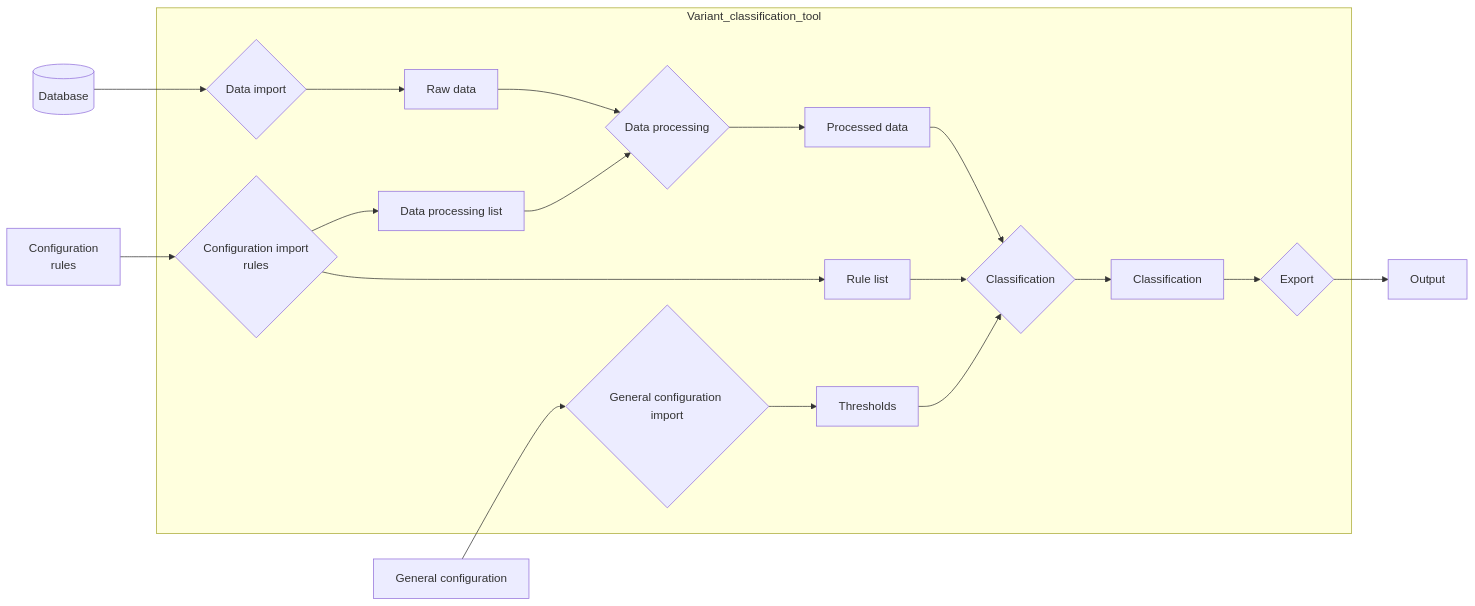
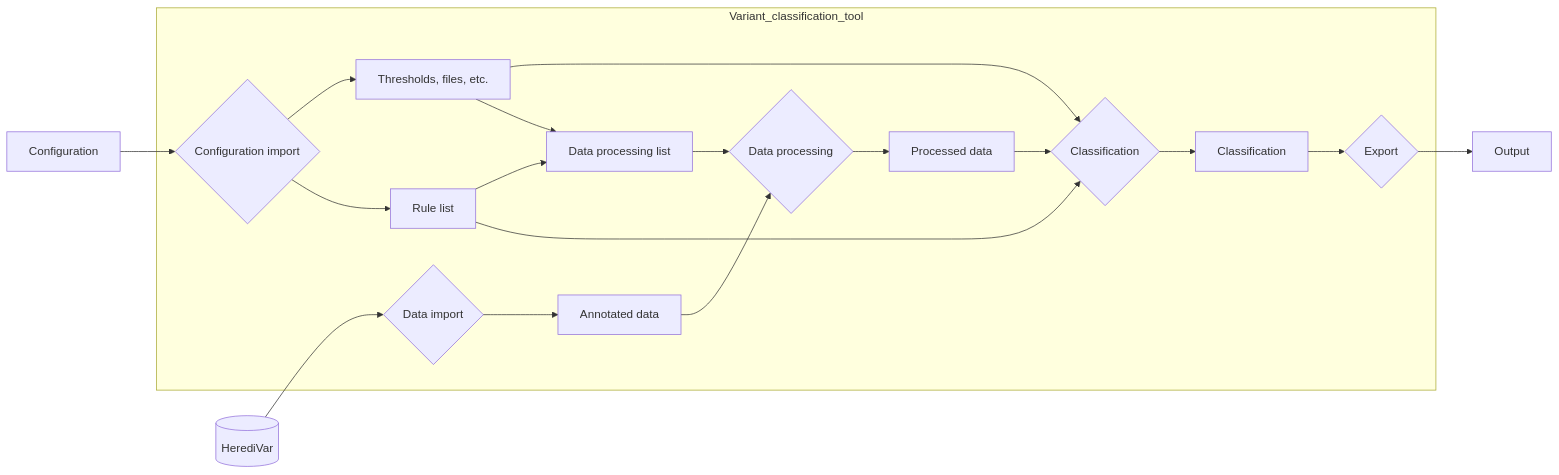
Before and after one commit to akatzke/HerediClassify: the first of 32 diagrams in Software_design/Mermaid.org, drawn with Mermaid. The commit also changed 1 other file, not shown here.

Commit message:
Adjustment to software design

```diff
--- a/Software_design/Mermaid.org
+++ b/Software_design/Mermaid.org
@@ -6,23 +6,21 @@
 #+begin_src mermaid :file overview.png
 flowchart LR
-    DB[(Database)] --> DI{"Data import"}
-    GC["General configuration"] --> CI{"General configuration import"}
-    CR["Configuration
-   rules"] --> CIR{"Configuration import
-   rules"}
+    DB[(HerediVar)] --> DI{"Data import"}
+    GC["Configuration"] --> CI{"Configuration import"}
     EX --> Output
     subgraph Variant_classification_tool
-        CI --> T[Thresholds]
-        DI --> RD[Raw data]
+        CI --> T[Thresholds, files, etc.]
+        DI --> RD[Annotated data]
         RD -->DP{Data processing}
         DP --> PD[Processed data]
-        CIR --> PL[Data processing list]
-        CIR --> RL[Rule list]
+        CI --> RL[Rule list]
+        T --> CL
         PL --> DP
+        T --> PL
+        RL --> PL[Data processing list]
         RL --> CL
-        T --> CL
         PD --> CL{Classification}
         CL --> C[Classification]
         C --> EX{Export}
     end
 #+end_src
```
